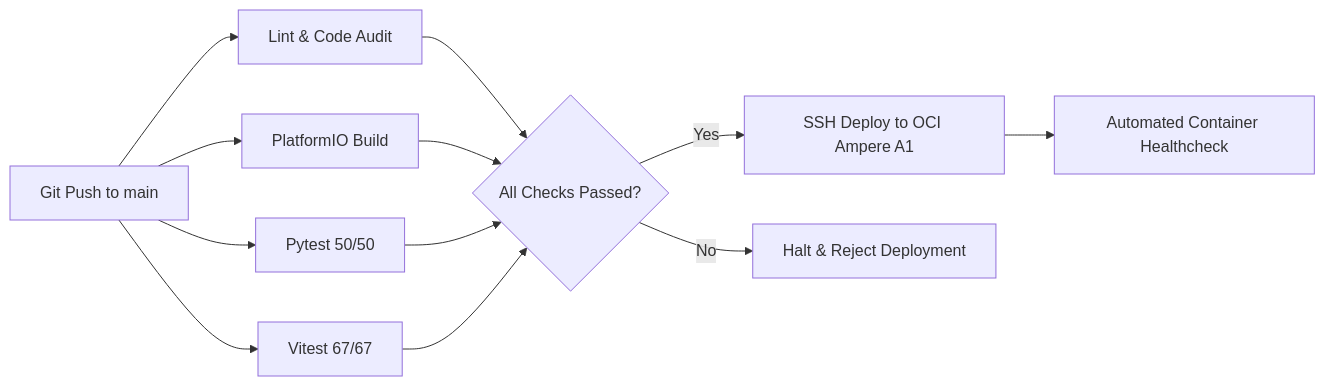
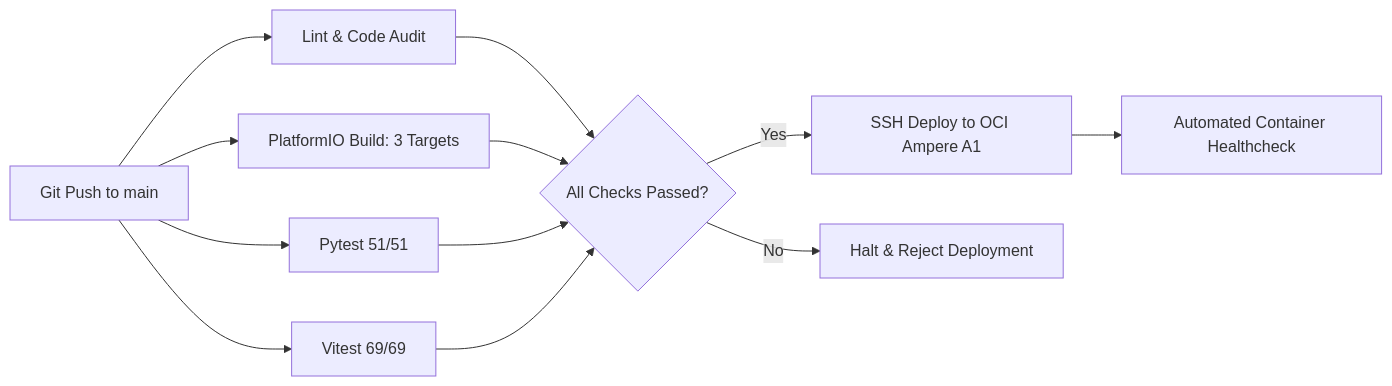
Before and after one commit to saxrael/SAOCS: the fourth of 4 diagrams in README.md, drawn with Mermaid. The commit also changed other lines of this file, not shown here.

````diff
--- a/README.md
+++ b/README.md
@@ -619,17 +701,17 @@
 ```mermaid
 graph LR
     Push[Git Push to main] --> Lint[Lint & Code Audit]
-    Push --> TestFirmware[PlatformIO Build]
-    Push --> TestBackend[Pytest 50/50]
-    Push --> TestFrontend[Vitest 67/67]
+    Push --> TestFirmware[PlatformIO Build: 3 Targets]
+    Push --> TestBackend[Pytest 51/51]
+    Push --> TestFrontend[Vitest 69/69]
     
     Lint --> Gate{All Checks Passed?}
     TestFirmware --> Gate
     TestBackend --> Gate
     TestFrontend --> Gate
 
     Gate -->|Yes| Deploy[SSH Deploy to OCI Ampere A1]
     Gate -->|No| Halt[Halt & Reject Deployment]
 
     Deploy --> Health[Automated Container Healthcheck]
 ```
````
